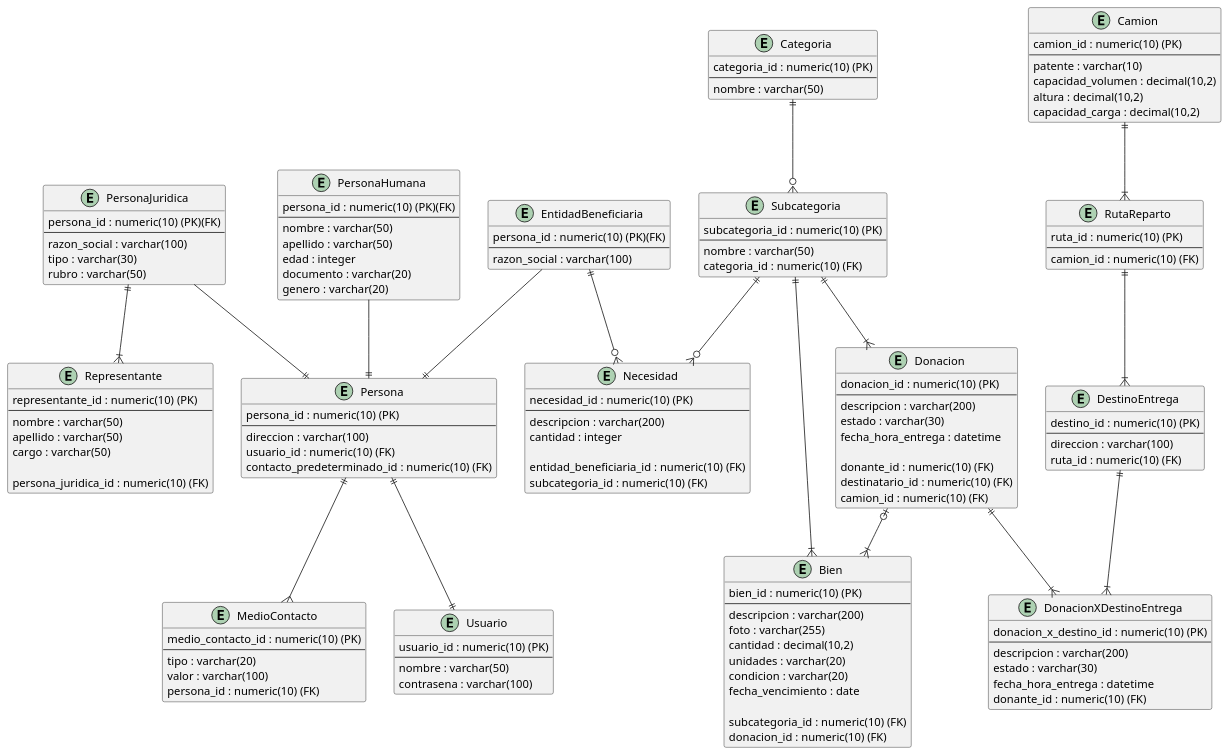
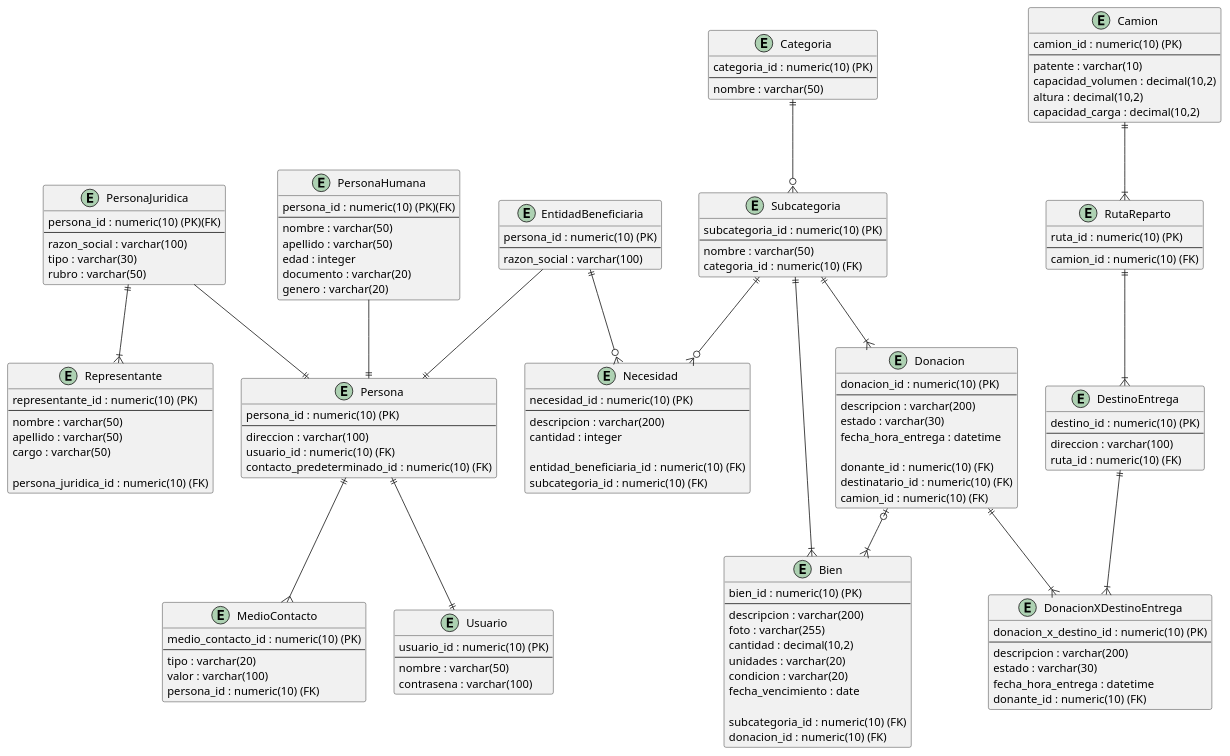
Before and after one commit to snmaccio-dev/TPA-DDS: the diagram in Diagramas/ModeladoDeDatos-DER.puml, drawn with PlantUML.

Commit message:
Diagrama actualizado

```diff
--- a/Diagramas/ModeladoDeDatos-DER.puml
+++ b/Diagramas/ModeladoDeDatos-DER.puml
@@ -1,181 +1,182 @@
 @startuml
 
 'Entidades Persona
 
 entity Persona {
     persona_id : numeric(10) (PK)
     --
     direccion : varchar(100)
     usuario_id : numeric(10) (FK)
     contacto_predeterminado_id : numeric(10) (FK)
 }
 
 entity MedioContacto {
     medio_contacto_id : numeric(10) (PK)
     --
     tipo : varchar(20)
     valor : varchar(100)
     persona_id : numeric(10) (FK)
 }
+
 entity Usuario {
     usuario_id : numeric(10) (PK)
     --
     nombre : varchar(50)
     contrasena : varchar(100)
 }
 
 entity PersonaJuridica {
     persona_id : numeric(10) (PK)(FK)
     --
     razon_social : varchar(100)
     tipo : varchar(30)
     rubro : varchar(50)
 }
 
 entity PersonaHumana {
     persona_id : numeric(10) (PK)(FK)
     --
     nombre : varchar(50)
     apellido : varchar(50)
     edad : integer
     documento : varchar(20)
     genero : varchar(20)
 }
 
 entity EntidadBeneficiaria {
-    persona_id : numeric(10) (PK)(FK)
+    persona_id : numeric(10) (PK)
     --
     razon_social : varchar(100)
 }
 
 entity Necesidad {
     necesidad_id : numeric(10) (PK)
     --
     descripcion : varchar(200)
     cantidad : integer
 
     entidad_beneficiaria_id : numeric(10) (FK)
     subcategoria_id : numeric(10) (FK)
 }
 
 entity Representante {
     representante_id : numeric(10) (PK)
     --
     nombre : varchar(50)
     apellido : varchar(50)
     cargo : varchar(50)
 
     persona_juridica_id : numeric(10) (FK)
 }
 
 entity Categoria {
     categoria_id : numeric(10) (PK)
     --
     nombre : varchar(50)
 }
 
 entity Subcategoria {
     subcategoria_id : numeric(10) (PK)
     --
     nombre : varchar(50)
     categoria_id : numeric(10) (FK)
 }
 
 entity Bien {
     bien_id : numeric(10) (PK)
     --
     descripcion : varchar(200)
     foto : varchar(255)
     cantidad : decimal(10,2)
     unidades : varchar(20)
     condicion : varchar(20)
     fecha_vencimiento : date
 
     subcategoria_id : numeric(10) (FK)
     donacion_id : numeric(10) (FK)
 }
 
 entity Donacion {
     donacion_id : numeric(10) (PK)
     --
     descripcion : varchar(200)
     estado : varchar(30)
     fecha_hora_entrega : datetime
 
     donante_id : numeric(10) (FK)
     destinatario_id : numeric(10) (FK)
     camion_id : numeric(10) (FK)
 }
 
 entity DonacionXDestinoEntrega {
     donacion_x_destino_id : numeric(10) (PK)
     --
     descripcion : varchar(200)
     estado : varchar(30)
     fecha_hora_entrega : datetime
     donante_id : numeric(10) (FK)
 }
 
 entity Camion {
     camion_id : numeric(10) (PK)
     --
     patente : varchar(10)
     capacidad_volumen : decimal(10,2)
     altura : decimal(10,2)
     capacidad_carga : decimal(10,2)
 }
 
 entity RutaReparto {
     ruta_id : numeric(10) (PK)
     --
     camion_id : numeric(10) (FK)
 }
 
 entity DestinoEntrega {
     destino_id : numeric(10) (PK)
     --
     direccion : varchar(100)
     ruta_id : numeric(10) (FK)
 }
 
 ' Relaciones - Persona
 
 Persona ||--{ MedioContacto
 Persona ||--|| Usuario
 PersonaJuridica ||--|{ Representante
 
 ' Herencia de persona
 
 PersonaHumana --|| Persona
 PersonaJuridica --|| Persona
 EntidadBeneficiaria --|| Persona
 
 ' Entidad Beneficiaria
 
 EntidadBeneficiaria ||--o{ Necesidad
 
 ' Necesidad
 
 Subcategoria ||--o{ Necesidad
 Categoria ||--o{ Subcategoria
 
 ' Bien
 
 Subcategoria ||--|{ Bien
 
 ' Donacion
 
 Donacion |o--|{ Bien
 Subcategoria ||--|{ Donacion
 
 ' Logistica
 
 Camion ||--|{ RutaReparto
 RutaReparto ||--|{ DestinoEntrega
 
 ' Relacion Muchos a Muchos
 
 DestinoEntrega ||--|{ DonacionXDestinoEntrega
 Donacion ||--|{ DonacionXDestinoEntrega
 
 @enduml
```
